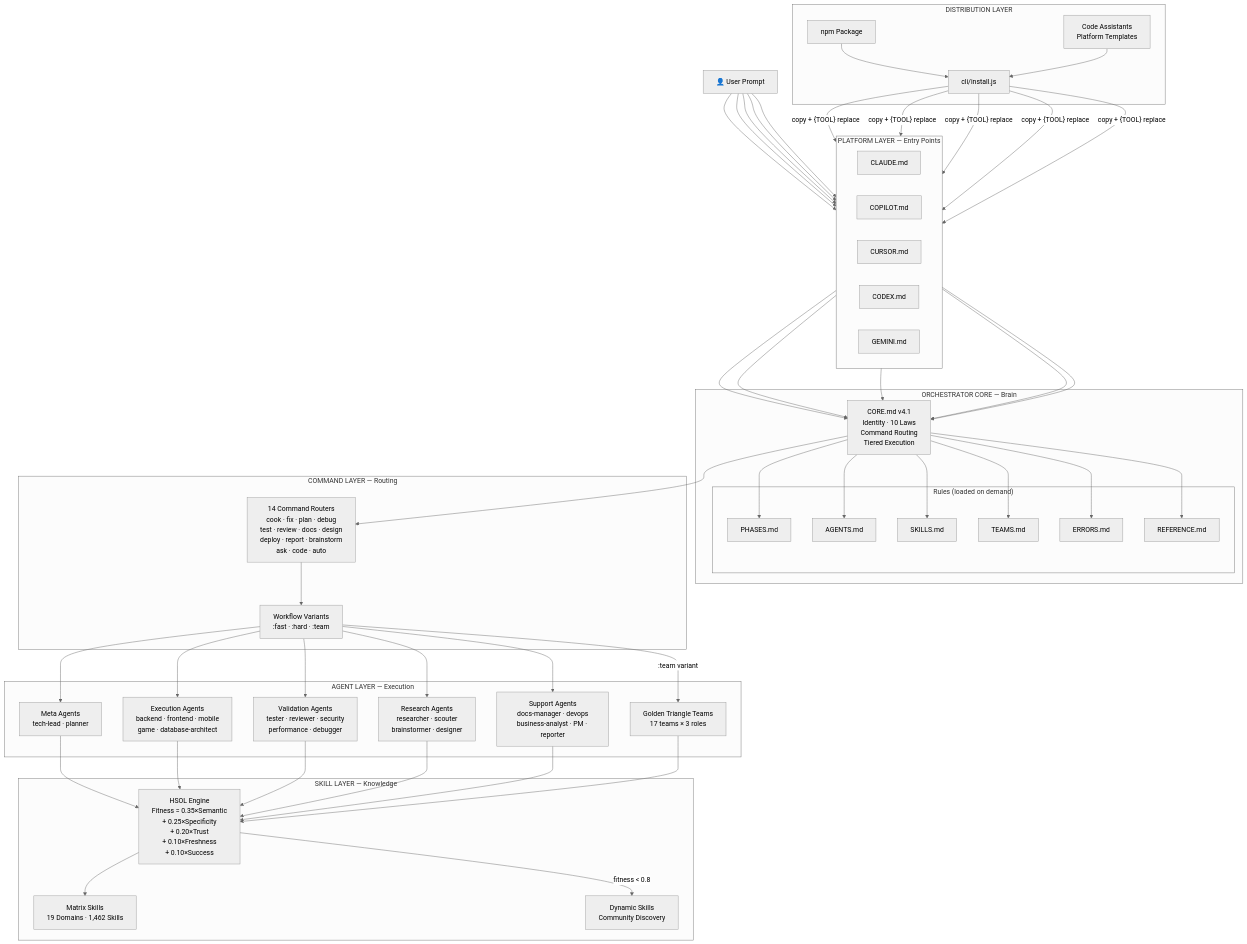
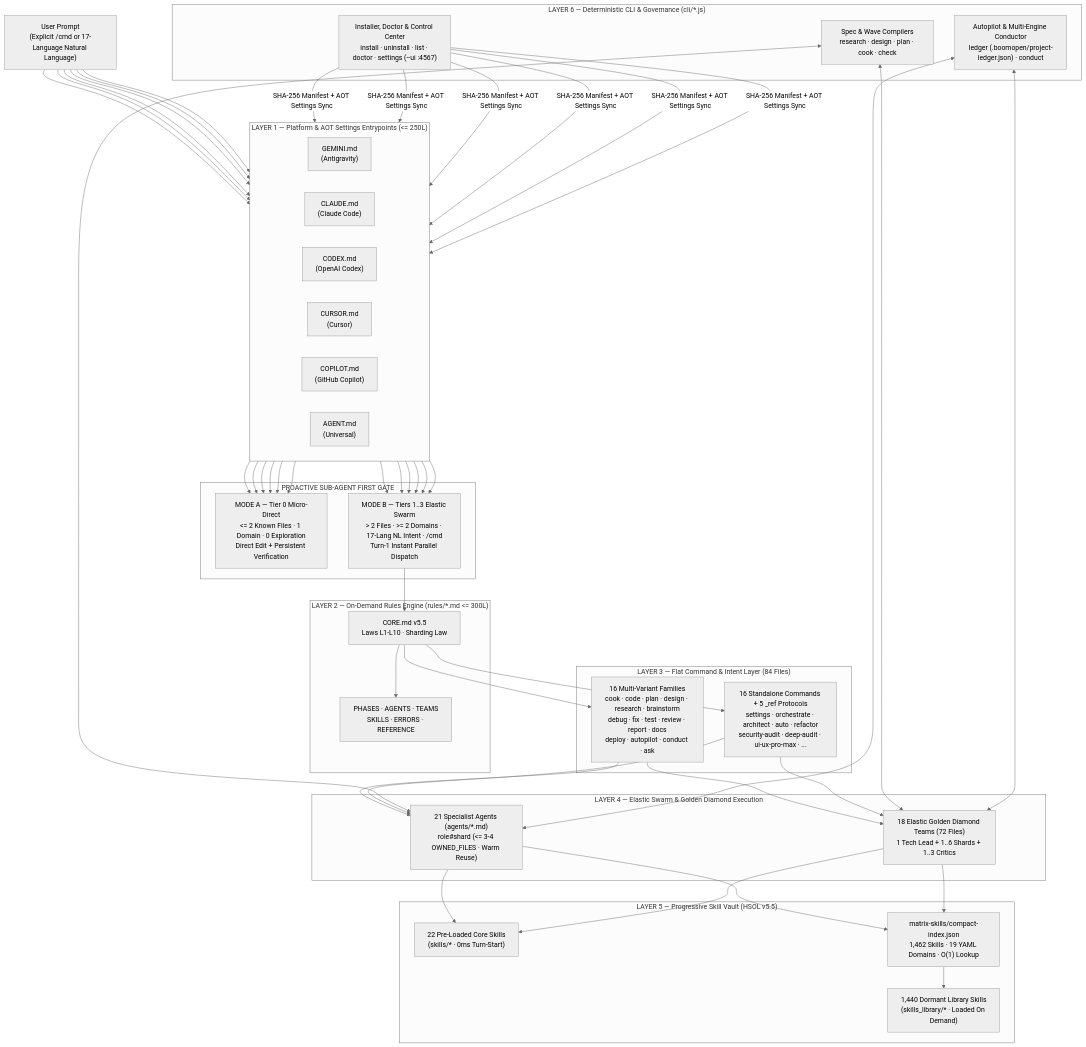
Before and after one commit to Kennyboom/BoomOpen-Workflow-Kit-Pro: the diagram in documents/knowledge-architecture/01-system-overview.md, drawn with Mermaid (neutral theme). The commit also changed other lines of this file and 302 other files, not shown here.

Commit message:
fix(workflows,docs): align 84 commands, 18 teams, 5 platforms, 17 READMEs & 50 knowledge docs to Pro v5.5

````diff
--- a/documents/knowledge-architecture/01-system-overview.md
+++ b/documents/knowledge-architecture/01-system-overview.md
@@ -58,66 +60,56 @@
 ```mermaid
 graph TB
-    USER["👤 User Prompt"]
+    USER["User Prompt<br/>(Explicit /cmd or 17-Language Natural Language)"]
 
-    subgraph "PLATFORM LAYER — Entry Points"
+    subgraph "LAYER 1 — Platform & AOT Settings Entrypoints (<= 250L)"
         direction LR
-        EP_CLAUDE["CLAUDE.md"]
-        EP_COPILOT["COPILOT.md"]
-        EP_CURSOR["CURSOR.md"]
-        EP_CODEX["CODEX.md"]
-        EP_GEMINI["GEMINI.md"]
+        EP_AG["GEMINI.md<br/>(Antigravity)"]
+        EP_CL["CLAUDE.md<br/>(Claude Code)"]
+        EP_CX["CODEX.md<br/>(OpenAI Codex)"]
+        EP_CU["CURSOR.md<br/>(Cursor)"]
+        EP_CP["COPILOT.md<br/>(GitHub Copilot)"]
+        EP_GEN["AGENT.md<br/>(Universal)"]
     end
 
-    subgraph "ORCHESTRATOR CORE — Brain"
-        CORE["CORE.md v4.1<br/>Identity · 10 Laws<br/>Command Routing<br/>Tiered Execution"]
-        subgraph "Rules (loaded on demand)"
-            PHASES["PHASES.md"]
-            AGENTS_R["AGENTS.md"]
-            SKILLS_R["SKILLS.md"]
-            TEAMS_R["TEAMS.md"]
-            ERRORS_R["ERRORS.md"]
-            REF["REFERENCE.md"]
-        end
+    subgraph "PROACTIVE SUB-AGENT FIRST GATE"
+        MODE_A["MODE A — Tier 0 Micro-Direct<br/><= 2 Known Files · 1 Domain · 0 Exploration<br/>Direct Edit + Persistent Verification"]
+        MODE_B["MODE B — Tiers 1..3 Elastic Swarm<br/>> 2 Files · >= 2 Domains · 17-Lang NL Intent · /cmd<br/>Turn-1 Instant Parallel Dispatch"]
     end
 
-    subgraph "COMMAND LAYER — Routing"
-        ROUTERS["14 Command Routers<br/>cook · fix · plan · debug<br/>test · review · docs · design<br/>deploy · report · brainstorm<br/>ask · code · auto"]
-        VARIANTS["Workflow Variants<br/>:fast · :hard · :team"]
+    subgraph "LAYER 2 — On-Demand Rules Engine (rules/*.md <= 300L)"
+        CORE["CORE.md v5.5<br/>Laws L1-L10 · Sharding Law"]
+        RULES_OD["PHASES · AGENTS · TEAMS<br/>SKILLS · ERRORS · REFERENCE"]
     end
 
-    subgraph "AGENT LAYER — Execution"
-        META["Meta Agents<br/>tech-lead · planner"]
-        EXEC["Execution Agents<br/>backend · frontend · mobile<br/>game · database-architect"]
-        VALID["Validation Agents<br/>tester · reviewer · security<br/>performance · debugger"]
-        RESEARCH["Research Agents<br/>researcher · scouter<br/>brainstormer · designer"]
-        SUPPORT["Support Agents<br/>docs-manager · devops<br/>business-analyst · PM · reporter"]
-        GT["Golden Triangle Teams<br/>17 teams × 3 roles"]
+    subgraph "LAYER 3 — Flat Command & Intent Layer (84 Files)"
+        CMD_FAM["16 Multi-Variant Families<br/>cook · code · plan · design · research · brainstorm<br/>debug · fix · test · review · report · docs<br/>deploy · autopilot · conduct · ask"]
+        CMD_STD["16 Standalone Commands + 5 _ref Protocols<br/>settings · orchestrate · architect · auto · refactor<br/>security-audit · deep-audit · ui-ux-pro-max · ..."]
     end
 
-    subgraph "SKILL LAYER — Knowledge"
-        MATRIX["Matrix Skills<br/>19 Domains · 1,462 Skills"]
-        DYN["Dynamic Skills<br/>Community Discovery"]
-        HSOL["HSOL Engine<br/>Fitness = 0.35×Semantic<br/>+ 0.25×Specificity<br/>+ 0.20×Trust<br/>+ 0.10×Freshness<br/>+ 0.10×Success"]
+    subgraph "LAYER 4 — Elastic Swarm & Golden Diamond Execution"
+        SHARDS["21 Specialist Agents (agents/*.md)<br/>role#shard (<= 3-4 OWNED_FILES · Warm Reuse)"]
+        DIAMOND["18 Elastic Golden Diamond Teams (72 Files)<br/>1 Tech Lead + 1..6 Shards + 1..3 Critics"]
     end
 
-    subgraph "DISTRIBUTION LAYER"
-        CLI["cli/install.js"]
-        NPM["npm Package"]
-        CA["Code Assistants<br/>Platform Templates"]
+    subgraph "LAYER 5 — Progressive Skill Vault (HSOL v5.5)"
+        CORE_SK["22 Pre-Loaded Core Skills<br/>(skills/* · 0ms Turn-Start)"]
+        INDEX["matrix-skills/compact-index.json<br/>1,462 Skills · 19 YAML Domains · O(1) Lookup"]
+        VAULT["1,440 Dormant Library Skills<br/>(skills_library/* · Loaded On Demand)"]
     end
 
-    USER --> EP_CLAUDE & EP_COPILOT & EP_CURSOR & EP_CODEX & EP_GEMINI
-    EP_CLAUDE & EP_COPILOT & EP_CURSOR & EP_CODEX & EP_GEMINI --> CORE
-    CORE --> PHASES & AGENTS_R & SKILLS_R & TEAMS_R & ERRORS_R & REF
-    CORE --> ROUTERS
-    ROUTERS --> VARIANTS
-    VARIANTS --> META & EXEC & VALID & RESEARCH & SUPPORT
-    VARIANTS -->|":team variant"| GT
-    META & EXEC & VALID & RESEARCH & SUPPORT --> HSOL
-    GT --> HSOL
-    HSOL --> MATRIX
-    HSOL -->|"fitness < 0.8"| DYN
-    NPM --> CLI
-    CLI -->|"copy + {TOOL} replace"| EP_CLAUDE & EP_COPILOT & EP_CURSOR & EP_CODEX & EP_GEMINI
-    CA --> CLI
+    subgraph "LAYER 6 — Deterministic CLI & Governance (cli/*.js)"
+        VALIDATORS["Spec & Wave Compilers<br/>research · design · plan · cook · check"]
+        ORCH_CLI["Autopilot & Multi-Engine Conductor<br/>ledger (.boomopen/project-ledger.json) · conduct"]
+        INSTALL_CLI["Installer, Doctor & Control Center<br/>install · uninstall · list · doctor · settings (--ui :4567)"]
+    end
+
+    USER --> EP_AG & EP_CL & EP_CX & EP_CU & EP_CP & EP_GEN
+    EP_AG & EP_CL & EP_CX & EP_CU & EP_CP & EP_GEN --> MODE_A & MODE_B
+    MODE_B --> CORE --> RULES_OD
+    CORE --> CMD_FAM & CMD_STD
+    CMD_FAM & CMD_STD --> SHARDS & DIAMOND
+    SHARDS & DIAMOND --> CORE_SK & INDEX
+    INDEX --> VAULT
+    VALIDATORS & ORCH_CLI <--> SHARDS & DIAMOND
+    INSTALL_CLI -->|"SHA-256 Manifest + AOT Settings Sync"| EP_AG & EP_CL & EP_CX & EP_CU & EP_CP & EP_GEN
 ```
````
